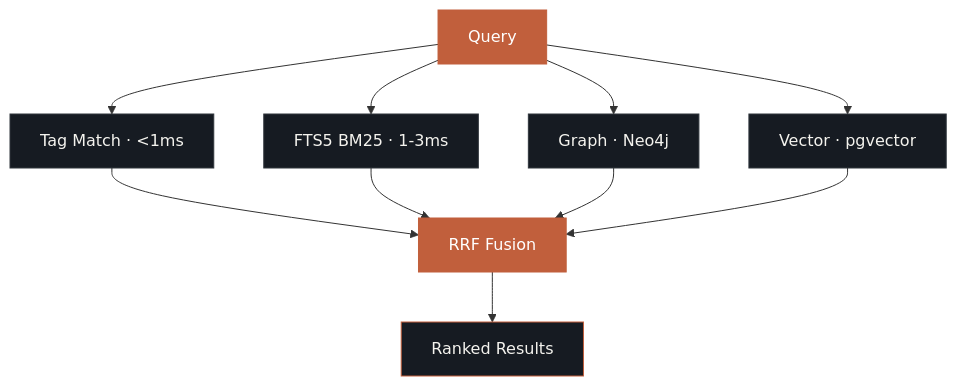
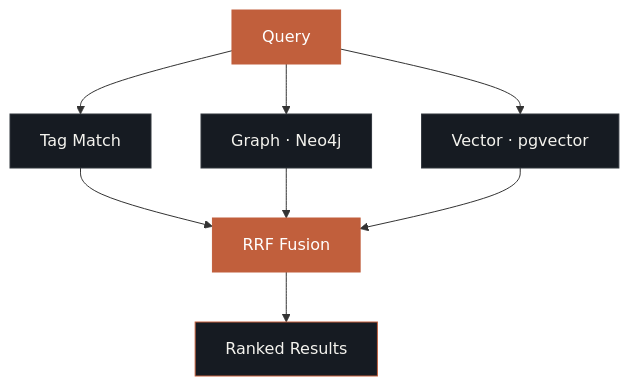
Before and after one commit to bolnet/agent-memory: the diagram in README.md, drawn with Mermaid. The commit also changed other lines of this file and 1 other file, not shown here.

First line of the commit message:
De-emphasize FTS5, focus messaging on no-LLM-cost and graph

````diff
--- a/README.md
+++ b/README.md
@@ -106,20 +107,17 @@
 ```mermaid
 graph TD
-    Q[Query] --> T["Tag Match · &lt;1ms"]
-    Q --> F["FTS5 BM25 · 1-3ms"]
+    Q[Query] --> T["Tag Match"]
     Q --> G["Graph · Neo4j"]
     Q --> V["Vector · pgvector"]
     T --> R[RRF Fusion]
-    F --> R
     G --> R
     V --> R
     R --> O[Ranked Results]
 
     style Q fill:#C15F3C,stroke:#C15F3C,color:#fff
     style R fill:#C15F3C,stroke:#C15F3C,color:#fff
     style O fill:#161b22,stroke:#C15F3C,color:#F4F3EE
     style T fill:#161b22,stroke:#30363d,color:#F4F3EE
-    style F fill:#161b22,stroke:#30363d,color:#F4F3EE
     style G fill:#161b22,stroke:#30363d,color:#F4F3EE
     style V fill:#161b22,stroke:#30363d,color:#F4F3EE
 ```
````
